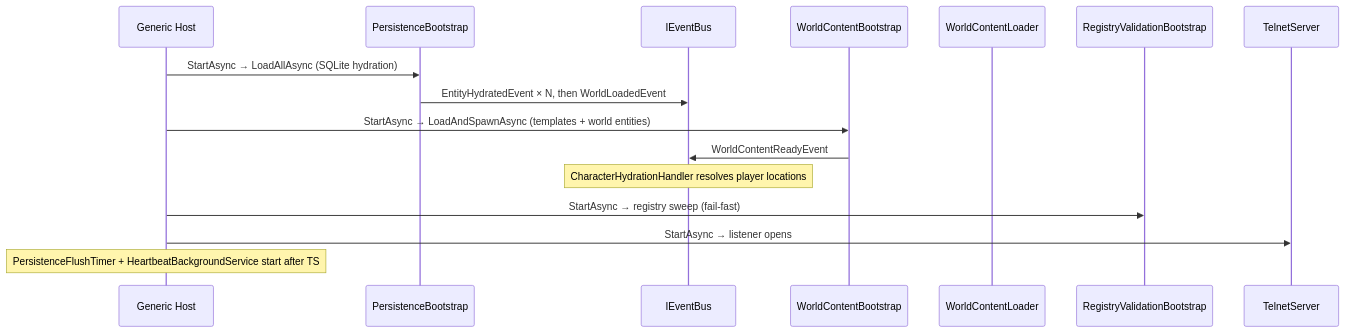
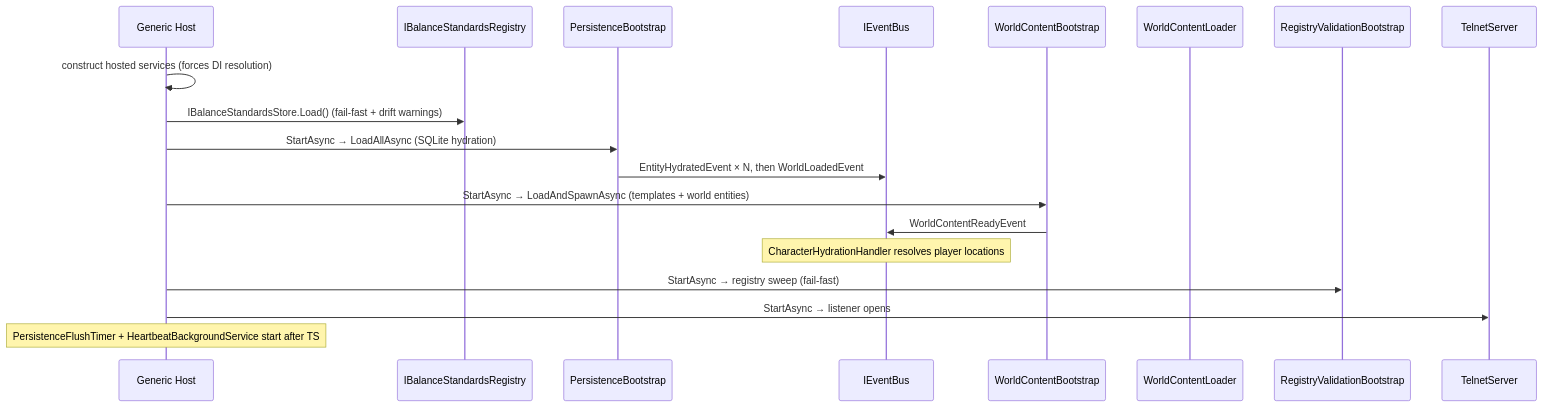
Before and after one commit to dmbyer/Hedron: the diagram in docs/architecture/flows/flow-01-server-startup.md, drawn with Mermaid. The commit also changed other lines of this file and 57 other files, not shown here.

First line of the commit message:
feat(progression): balance-standards registry — PowerBudgetTunables injected data, YAML standards + Blazor editor (slice sim-1) (#138)

````diff
--- a/docs/architecture/flows/flow-01-server-startup.md
+++ b/docs/architecture/flows/flow-01-server-startup.md
@@ -9,19 +9,22 @@
 ```mermaid
 sequenceDiagram
     participant Host as Generic Host
+    participant BSR as IBalanceStandardsRegistry
     participant PB as PersistenceBootstrap
     participant Bus as IEventBus
     participant WCB as WorldContentBootstrap
     participant WCL as WorldContentLoader
     participant RVB as RegistryValidationBootstrap
     participant TS as TelnetServer
 
+    Host->>Host: construct hosted services (forces DI resolution)
+    Host->>BSR: IBalanceStandardsStore.Load() (fail-fast + drift warnings)
     Host->>PB: StartAsync → LoadAllAsync (SQLite hydration)
     PB->>Bus: EntityHydratedEvent × N, then WorldLoadedEvent
     Host->>WCB: StartAsync → LoadAndSpawnAsync (templates + world entities)
     WCB->>Bus: WorldContentReadyEvent
     Note over Bus: CharacterHydrationHandler resolves player locations
     Host->>RVB: StartAsync → registry sweep (fail-fast)
     Host->>TS: StartAsync → listener opens
     Note over Host: PersistenceFlushTimer + HeartbeatBackgroundService start after TS
 ```
````
